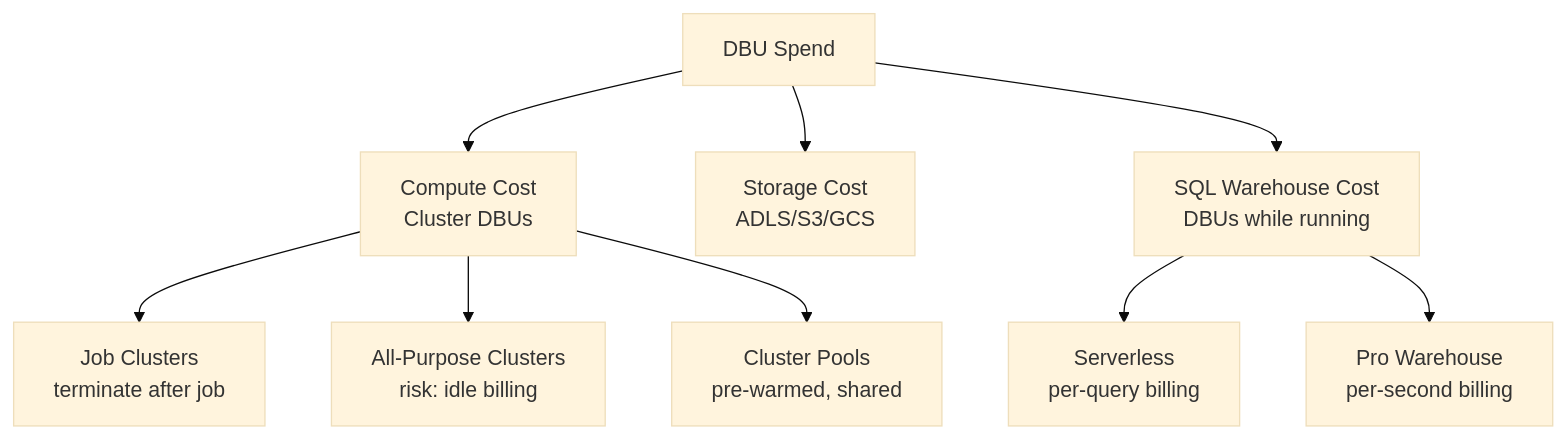
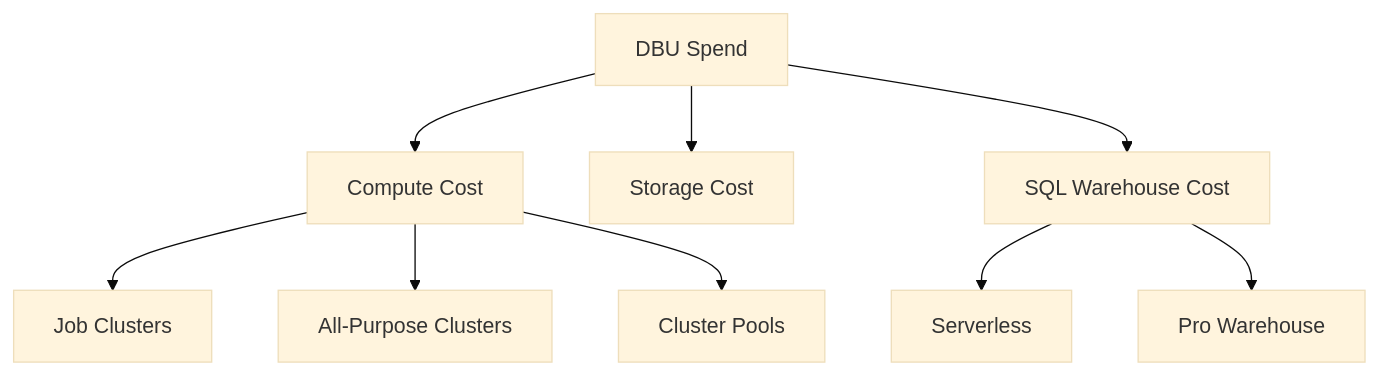
Before and after one commit to gcmishra7/data-engineering-helper: the diagram in 05-databricks/09-cost-governance.md, drawn with Mermaid (base theme). The commit also changed other lines of this file and 57 other files, not shown here.

First line of the commit message:
Shorten mermaid node labels to fix text truncation on GitHub

````diff
--- a/05-databricks/09-cost-governance.md
+++ b/05-databricks/09-cost-governance.md
@@ -8,13 +8,13 @@
 ```mermaid
 graph TD
-    SPEND[DBU Spend] --> C[Compute Cost<br/>Cluster DBUs]
-    SPEND --> S[Storage Cost<br/>ADLS/S3/GCS]
-    SPEND --> SQL[SQL Warehouse Cost<br/>DBUs while running]
+    SPEND[DBU Spend] --> C[Compute Cost]
+    SPEND --> S[Storage Cost]
+    SPEND --> SQL[SQL Warehouse Cost]
 
-    C --> JC[Job Clusters<br/>terminate after job]
-    C --> AC[All-Purpose Clusters<br/>risk: idle billing]
-    C --> POOL[Cluster Pools<br/>pre-warmed, shared]
+    C --> JC[Job Clusters]
+    C --> AC[All-Purpose Clusters]
+    C --> POOL[Cluster Pools]
 
-    SQL --> SV[Serverless<br/>per-query billing]
-    SQL --> PR[Pro Warehouse<br/>per-second billing]
+    SQL --> SV[Serverless]
+    SQL --> PR[Pro Warehouse]
 ```
````
